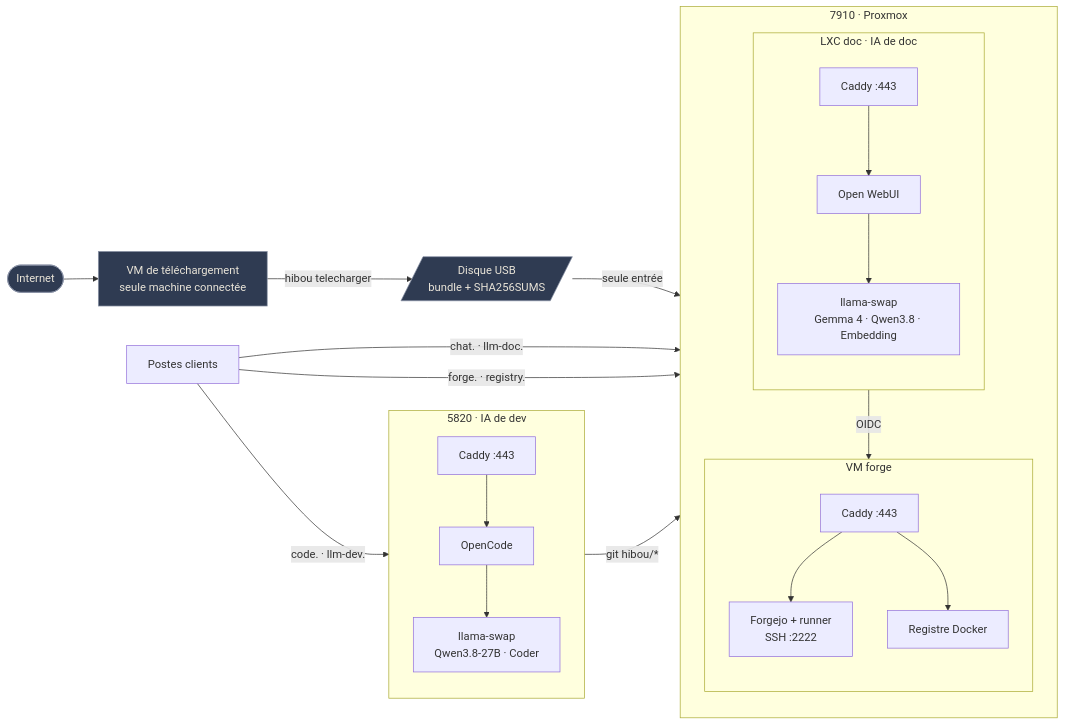
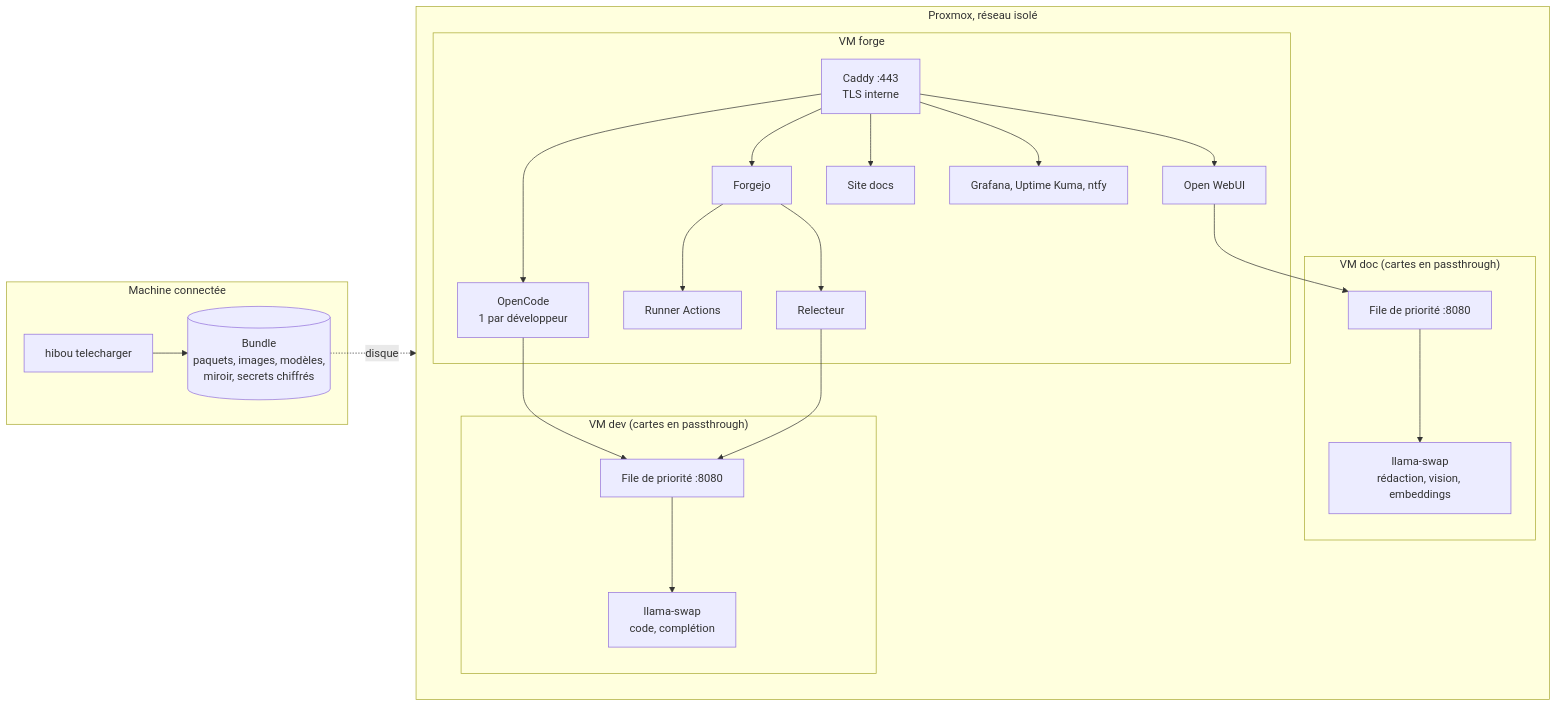
The diagram in docs/architecture.md (Marty-McFIy/Hibou), drawn with Mermaid before and after one commit. The commit also changed other lines of this file and 15 other files, not shown here.

First line of the commit message:
Hibou 0.9.0 : export de documents, compression du contexte, droits Open WebUI, documentation refondue

````diff
--- a/docs/architecture.md
+++ b/docs/architecture.md
@@ -21,36 +14,27 @@
 ```mermaid
 flowchart LR
-  net(["Internet"]):::ext
-  dl["VM de téléchargement<br/>seule machine connectée"]:::ext
-  usb[/"Disque USB<br/>bundle + SHA256SUMS"/]:::ext
-  net --> dl -- "hibou telecharger" --> usb
-
-  cli["Postes clients"]
-
-  subgraph dev["5820 · IA de dev"]
-    direction TB
-    c1["Caddy :443"] --> oc["OpenCode"] --> ld["llama-swap<br/>Qwen3.8-27B · Coder"]
+  subgraph connecte["Machine connectée"]
+    t["hibou telecharger"] --> b[("Bundle\npaquets, images, modèles,\nmiroir, secrets chiffrés")]
   end
-
-  subgraph pve["7910 · Proxmox"]
-    direction TB
-    subgraph doc["LXC doc · IA de doc"]
-      direction TB
-      c2["Caddy :443"] --> ow["Open WebUI"] --> lm["llama-swap<br/>Gemma 4 · Qwen3.8 · Embedding"]
+  b -. disque .-> pve
+  subgraph pve["Proxmox, réseau isolé"]
+    subgraph forge["VM forge"]
+      caddy["Caddy :443\nTLS interne"] --> fj["Forgejo"]
+      caddy --> owui["Open WebUI"]
+      caddy --> oc["OpenCode\n1 par développeur"]
+      caddy --> docs["Site docs"]
+      caddy --> sup["Grafana, Uptime Kuma, ntfy"]
+      fj --> run["Runner Actions"]
+      fj --> rel["Relecteur"]
     end
-    subgraph forge["VM forge"]
-      direction TB
-      c3["Caddy :443"] --> fj["Forgejo + runner<br/>SSH :2222"]
-      c3 --> rg["Registre Docker"]
+    subgraph doc["VM doc (cartes en passthrough)"]
+      pd["File de priorité :8080"] --> lsd["llama-swap\nrédaction, vision, embeddings"]
     end
+    subgraph dev["VM dev (cartes en passthrough)"]
+      pv["File de priorité :8080"] --> lsv["llama-swap\ncode, complétion"]
+    end
+    owui --> pd
+    oc --> pv
+    rel --> pv
   end
-
-  usb -- "seule entrée" --> rg
-  cli -- "code. · llm-dev." --> c1
-  cli -- "chat. · llm-doc." --> c2
-  cli -- "forge. · registry." --> c3
-  oc -- "git hibou/*" --> fj
-  ow -- "OIDC" --> fj
-
-  classDef ext fill:#2F3B52,stroke:#8A93A6,color:#E9E4D8
 ```
````
